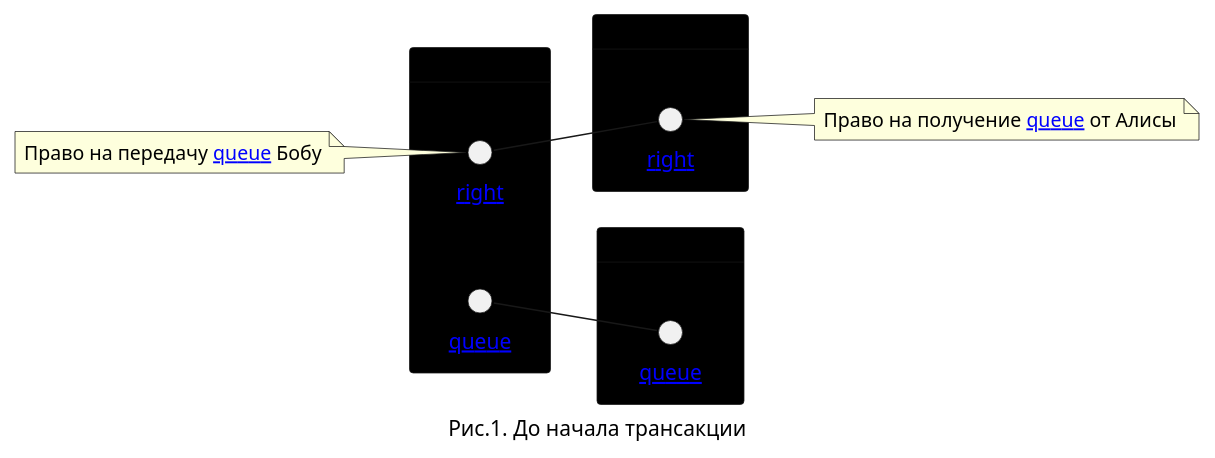
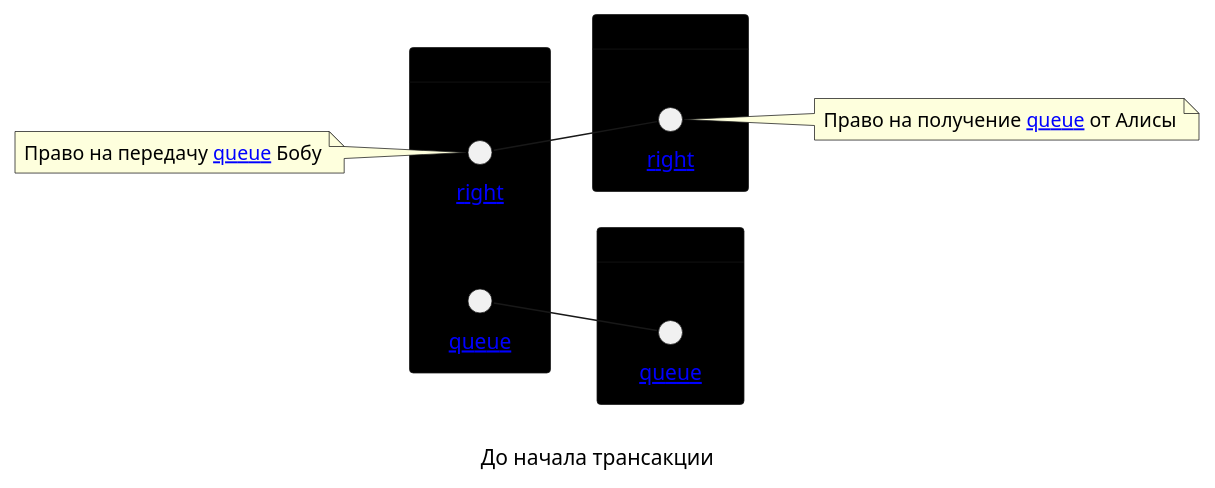
Before and after one commit to pavetok/pavetok.github.io: the diagram in diagrams/queue-example/transaction-before.puml, drawn with PlantUML. The commit also changed 10 other files, not shown here.

```diff
--- a/diagrams/queue-example/transaction-before.puml
+++ b/diagrams/queue-example/transaction-before.puml
@@ -1,37 +1,37 @@
 @startuml
 left to right direction
 
 skinparam card {
     BorderThickness 0.5
     BackgroundColor 0
 }
 
 card Alice {
     circle "[[/work/transaction-types/queue-example/diagrams/right-send/{right} right]]" as right1 <<send>>
     circle "[[/work/transaction-types/queue-example/diagrams/queue-client/{queue} queue]]" as queue1 <<client>>
 }
 
 note as AliceNote
   Право на передачу [[/work/transaction-types/queue-example/diagrams/queue-client/{queue} queue]] Бобу
 end note
 AliceNote -- right1
 
 card Bob {
     circle "[[/work/transaction-types/queue-example/diagrams/right-receive/{right} right]]" as right2 <<receive>>
 }
 
 note as BobNote
   Право на получение [[/work/transaction-types/queue-example/diagrams/queue-client/{queue} queue]] от Алисы
 end note
 'BobNote -u- right2
 right2 -- BobNote
 
 card Carol {
     circle "[[/work/transaction-types/queue-example/diagrams/queue-server/{queue} queue]]" as queue2 <<server>>
 }
 
 right1 -- right2
 queue1 -- queue2
 
-caption Рис.1. До начала трансакции
+caption \nДо начала трансакции
 @enduml
```
